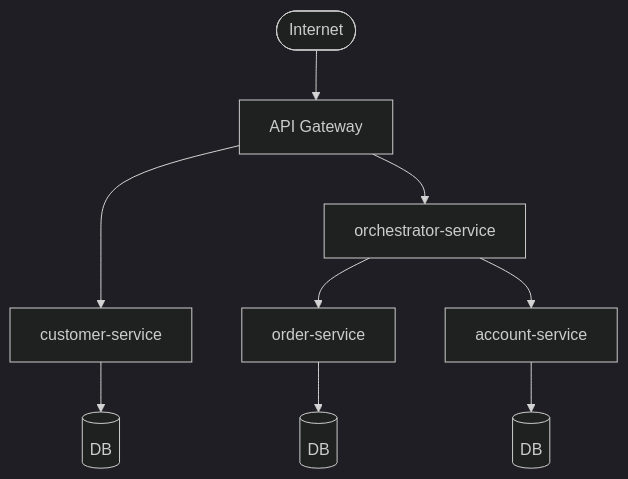
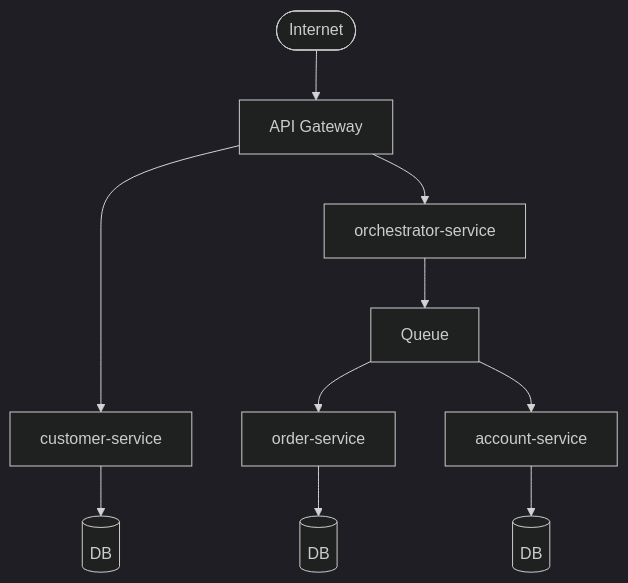
Before and after one commit to hiroki-it/microservices-backend: the diagram in README.md, drawn with Mermaid.

Commit message:
update ドキュメントを変更した．

````diff
--- a/README.md
+++ b/README.md
@@ -28,12 +28,13 @@
 ```mermaid
 %%{init:{'theme':'dark'}}%%
 graph TD
     A([Internet]) --> B[API Gateway]
-    B             ---> C[customer-service]
+    B             ----> C[customer-service]
     B             --> E[orchestrator-service]
     C             --> D[(DB)]
-    E             --> F[order-service]
-    E             --> H[account-service]
-    F             --> G[(DB)]
-    H             --> I[(DB)]
+    E             --> F[Queue]
+    F             --> G[order-service]
+    F             --> I[account-service]
+    G             --> H[(DB)]
+    I             --> J[(DB)]
 ```
````
